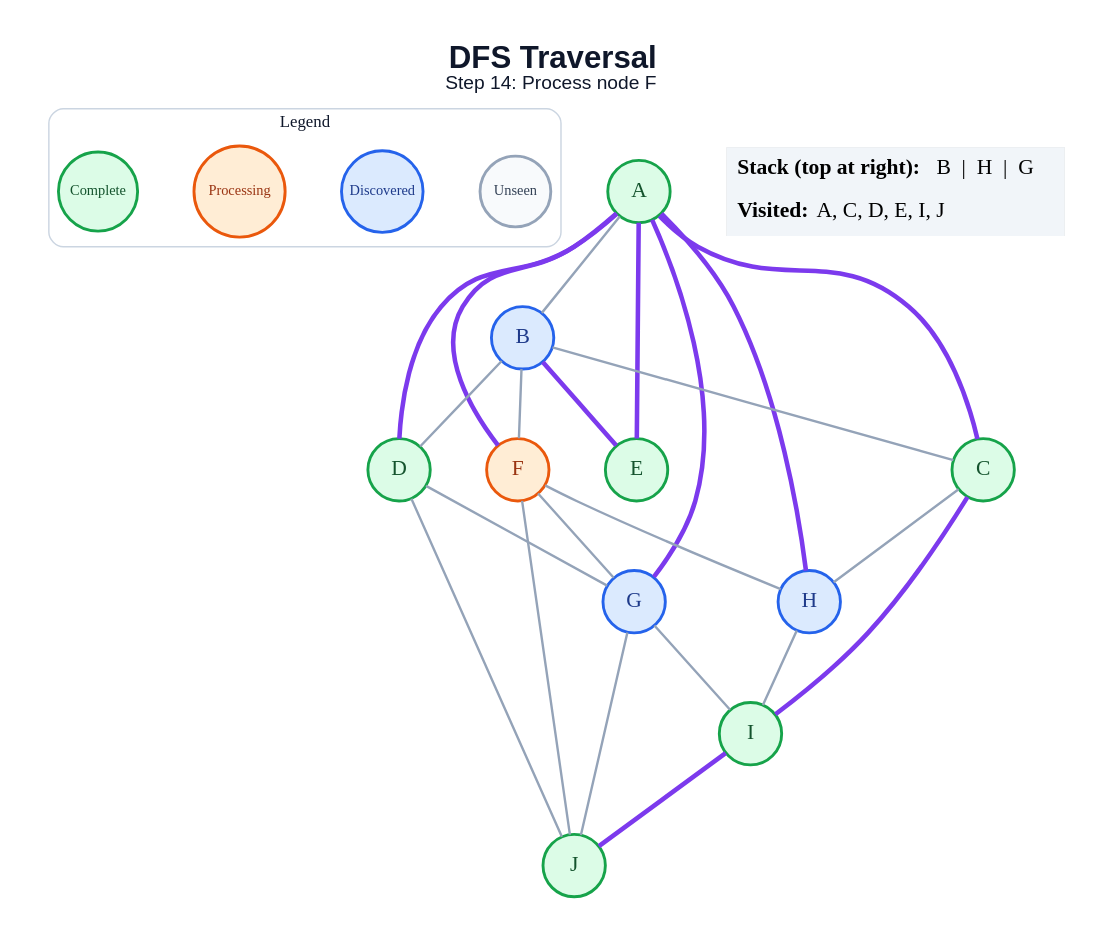
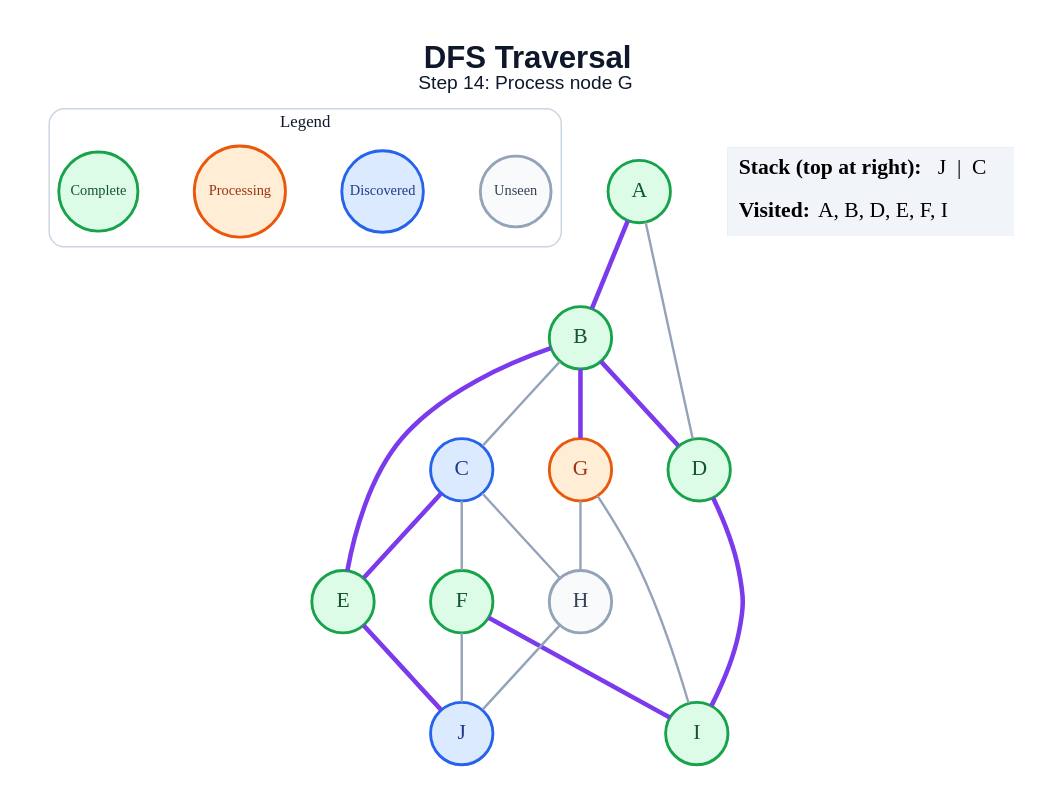
The diagram in generated/specific-node/dfs/step_14.dot (amanghodawala9/ai-slop), drawn with Graphviz before and after one commit. The commit also changed 178 other files, not shown here.

```diff
--- a/generated/specific-node/dfs/step_14.dot
+++ b/generated/specific-node/dfs/step_14.dot
@@ -1,51 +1,45 @@
 graph traversal {
   graph [layout=dot, rankdir=TB, bgcolor="#FFFFFF", pad="0.35", nodesep="0.65", ranksep="0.8", fontname="Arial"];
   node [shape=circle, style="filled", fontname="Arial Bold", fontsize=18, width=0.72, fixedsize=true, penwidth=2.4];
   edge [color="#94A3B8", penwidth=2.0];
-  label=<<B>DFS Traversal</B><BR/><FONT POINT-SIZE="16">Step 14: Process node F</FONT>>; labelloc="t"; fontsize=26; fontname="Arial"; fontcolor="#0F172A";
+  label=<<B>DFS Traversal</B><BR/><FONT POINT-SIZE="16">Step 14: Process node G</FONT>>; labelloc="t"; fontsize=26; fontname="Arial"; fontcolor="#0F172A";
   subgraph cluster_legend { label="Legend"; color="#CBD5E1"; penwidth=1.2; style="rounded"; fontsize=14; fontname="Arial Bold";
     key_unseen [label="Unseen", fillcolor="#F8FAFC", color="#94A3B8", fontcolor="#334155", fontsize=12, width=0.82];
     key_frontier [label="Discovered", fillcolor="#DBEAFE", color="#2563EB", fontcolor="#1E3A8A", fontsize=12, width=0.95];
     key_current [label="Processing", fillcolor="#FFEDD5", color="#EA580C", fontcolor="#9A3412", fontsize=12, width=1.05];
     key_done [label="Complete", fillcolor="#DCFCE7", color="#16A34A", fontcolor="#14532D", fontsize=12, width=0.92];
     { rank=same; key_unseen; key_frontier; key_current; key_done; }
   }
   A [fillcolor="#DCFCE7", color="#16A34A", fontcolor="#14532D"];
-  B [fillcolor="#DBEAFE", color="#2563EB", fontcolor="#1E3A8A"];
-  C [fillcolor="#DCFCE7", color="#16A34A", fontcolor="#14532D"];
+  B [fillcolor="#DCFCE7", color="#16A34A", fontcolor="#14532D"];
+  C [fillcolor="#DBEAFE", color="#2563EB", fontcolor="#1E3A8A"];
   D [fillcolor="#DCFCE7", color="#16A34A", fontcolor="#14532D"];
   E [fillcolor="#DCFCE7", color="#16A34A", fontcolor="#14532D"];
-  F [fillcolor="#FFEDD5", color="#EA580C", fontcolor="#9A3412"];
-  G [fillcolor="#DBEAFE", color="#2563EB", fontcolor="#1E3A8A"];
-  H [fillcolor="#DBEAFE", color="#2563EB", fontcolor="#1E3A8A"];
+  F [fillcolor="#DCFCE7", color="#16A34A", fontcolor="#14532D"];
+  G [fillcolor="#FFEDD5", color="#EA580C", fontcolor="#9A3412"];
+  H [fillcolor="#F8FAFC", color="#94A3B8", fontcolor="#334155"];
   I [fillcolor="#DCFCE7", color="#16A34A", fontcolor="#14532D"];
-  J [fillcolor="#DCFCE7", color="#16A34A", fontcolor="#14532D"];
-  A -- B;
-  A -- C [color="#7C3AED", penwidth=3.8];
-  A -- D [color="#7C3AED", penwidth=3.8];
-  A -- E [color="#7C3AED", penwidth=3.8];
-  A -- F [color="#7C3AED", penwidth=3.8];
-  A -- G [color="#7C3AED", penwidth=3.8];
-  A -- H [color="#7C3AED", penwidth=3.8];
+  J [fillcolor="#DBEAFE", color="#2563EB", fontcolor="#1E3A8A"];
+  A -- B [color="#7C3AED", penwidth=3.8];
+  A -- D;
   B -- C;
-  B -- D;
+  B -- D [color="#7C3AED", penwidth=3.8];
   B -- E [color="#7C3AED", penwidth=3.8];
-  B -- F;
+  B -- G [color="#7C3AED", penwidth=3.8];
+  C -- E [color="#7C3AED", penwidth=3.8];
+  C -- F;
   C -- H;
-  C -- I [color="#7C3AED", penwidth=3.8];
-  D -- G;
-  D -- J;
-  F -- G;
-  F -- H;
+  D -- I [color="#7C3AED", penwidth=3.8];
+  E -- J [color="#7C3AED", penwidth=3.8];
+  F -- I [color="#7C3AED", penwidth=3.8];
   F -- J;
+  G -- H;
   G -- I;
-  G -- J;
-  H -- I;
-  I -- J [color="#7C3AED", penwidth=3.8];
+  H -- J;
   status [shape=plain, fixedsize=false, width=0, height=0, margin=0, label=<
     <TABLE BORDER="0" CELLBORDER="0" CELLPADDING="7" BGCOLOR="#F1F5F9">
-      <TR><TD ALIGN="LEFT"><B>Stack (top at right):</B> B  |  H  |  G</TD></TR>
-      <TR><TD ALIGN="LEFT"><B>Visited:</B> A, C, D, E, I, J</TD></TR>
+      <TR><TD ALIGN="LEFT"><B>Stack (top at right):</B> J  |  C</TD></TR>
+      <TR><TD ALIGN="LEFT"><B>Visited:</B> A, B, D, E, F, I</TD></TR>
     </TABLE>
   >];
 }
```
